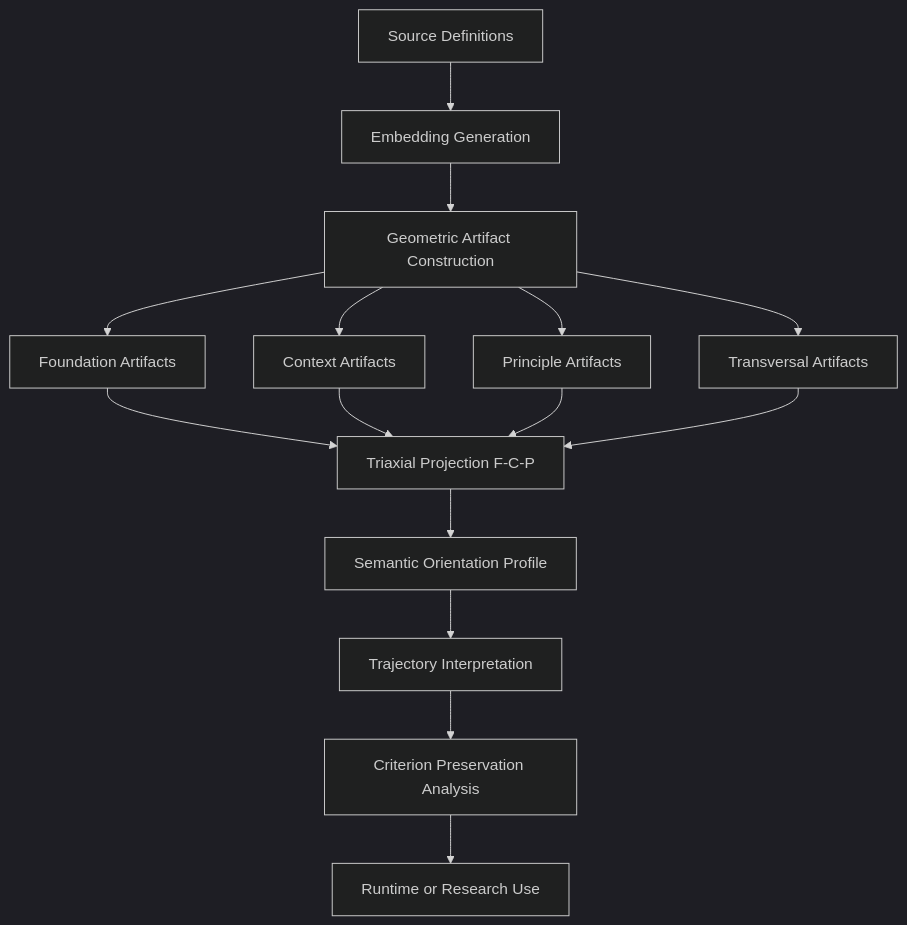
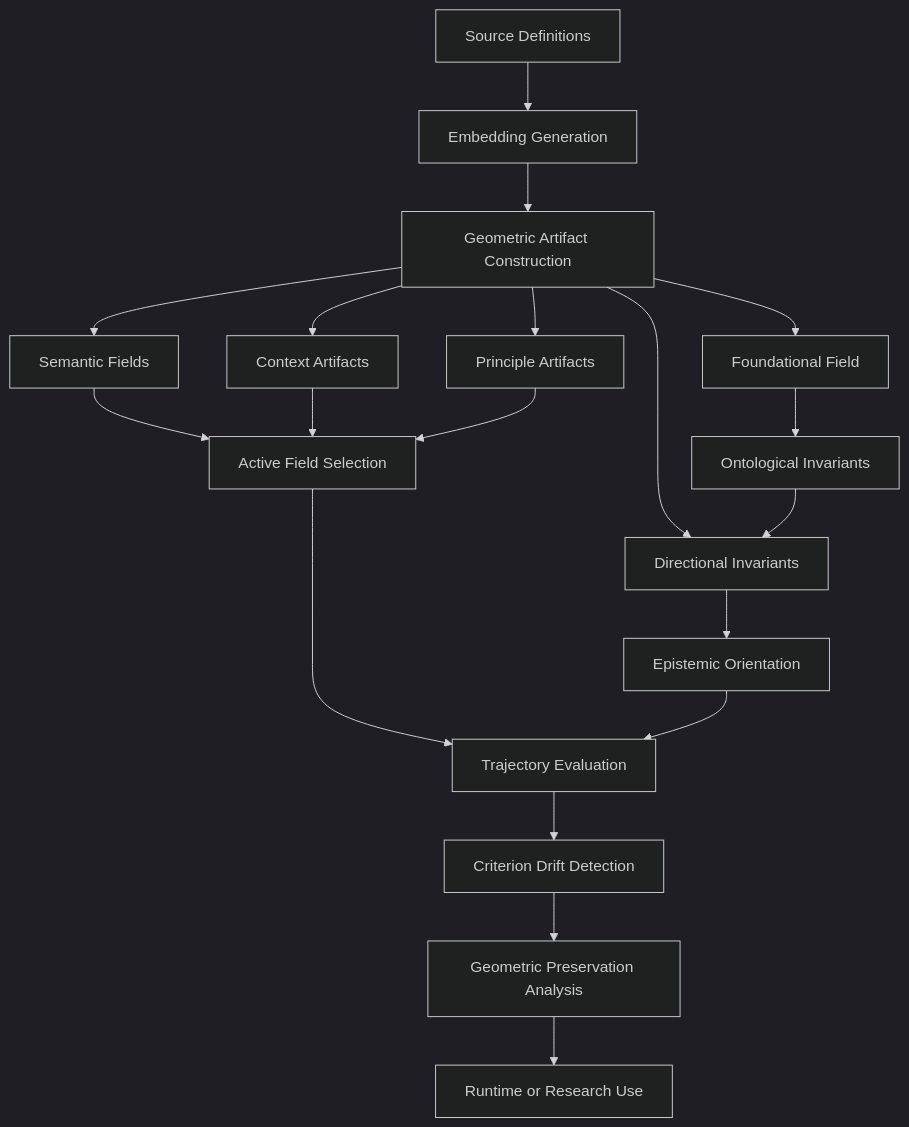
The diagram in README.md (rosatisoft/axiomatic-criterion-atlas), drawn with Mermaid (dark theme) before and after one commit. The commit also changed other lines of this file, not shown here.

Commit message:
Update README with criterion orientation architecture

````diff
--- a/README.md
+++ b/README.md
@@ -68,19 +205,25 @@
 ```mermaid
 flowchart TD
 
 A[Source Definitions] --> B[Embedding Generation]
 B --> C[Geometric Artifact Construction]
 
-C --> D1[Foundation Artifacts]
-C --> D2[Context Artifacts]
-C --> D3[Principle Artifacts]
-C --> D4[Transversal Artifacts]
+C --> D1[Foundational Field]
+C --> D2[Semantic Fields]
+C --> D3[Context Artifacts]
+C --> D4[Principle Artifacts]
+C --> D5[Directional Invariants]
 
-D1 & D2 & D3 & D4 --> E[Triaxial Projection F-C-P]
+D1 --> E[Ontological Invariants]
+E --> D5
 
-E --> F[Semantic Orientation Profile]
-F --> G[Trajectory Interpretation]
-G --> H[Criterion Preservation Analysis]
-H --> I[Runtime or Research Use]
+D2 & D3 & D4 --> F[Active Field Selection]
+D5 --> G[Epistemic Orientation]
 
+F --> H[Trajectory Evaluation]
+G --> H
+
+H --> I[Criterion Drift Detection]
+I --> J[Geometric Preservation Analysis]
+J --> K[Runtime or Research Use]
 ```
````
